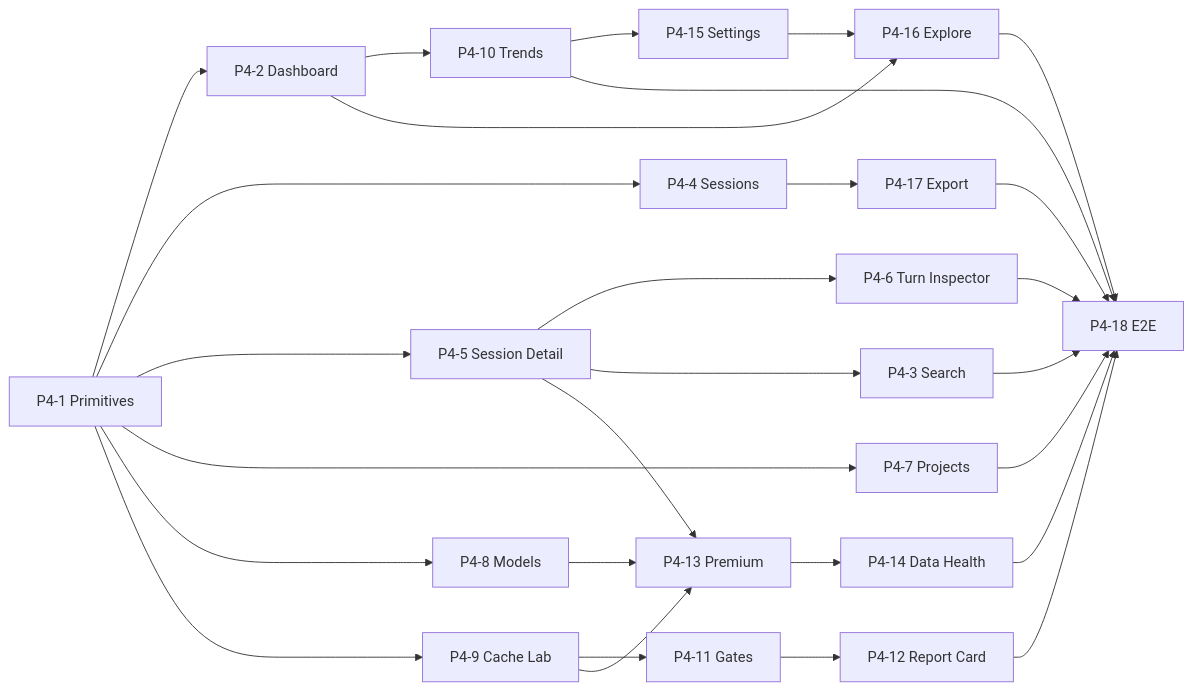
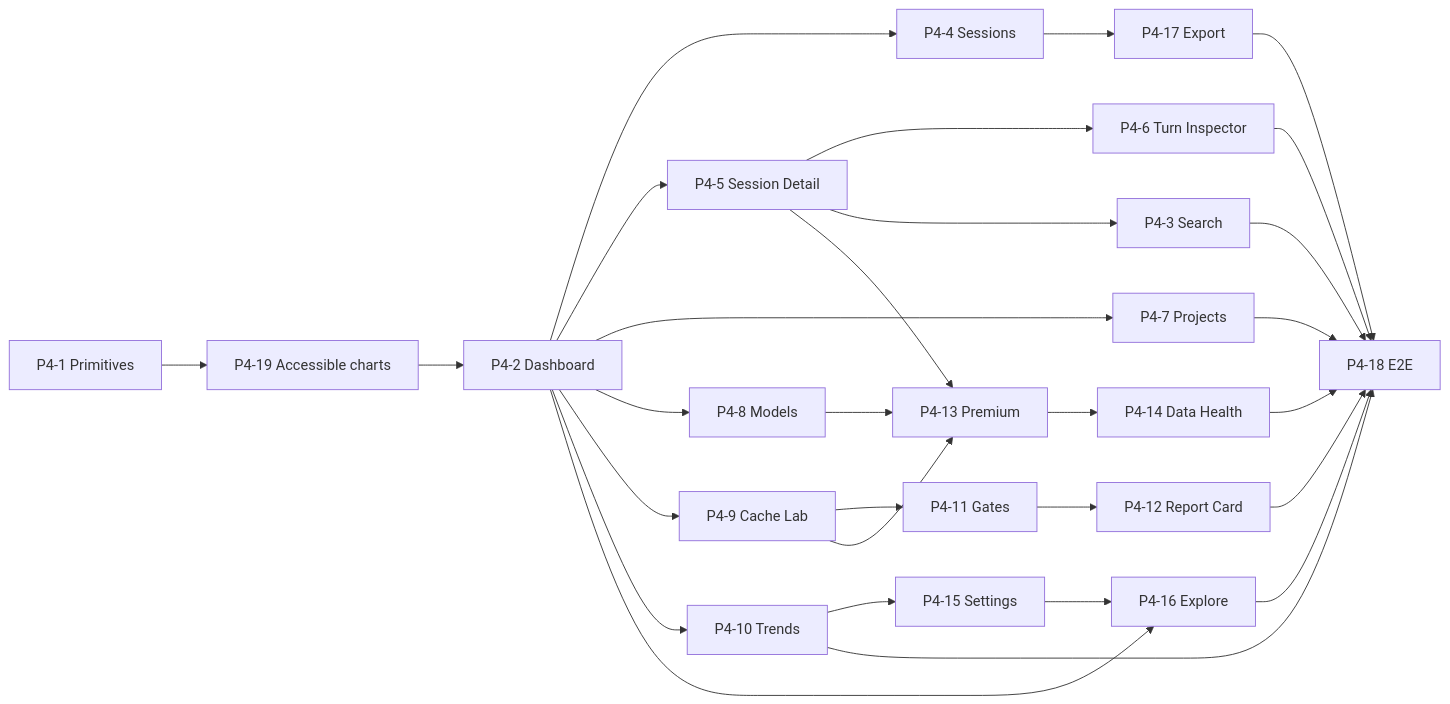
Before and after one commit to foyzulkarim/claude-lens: the diagram in specs/claude-lens-phase4-parallelization.md, drawn with Mermaid. The commit also changed other lines of this file and 37 other files, not shown here.

````diff
--- a/specs/claude-lens-phase4-parallelization.md
+++ b/specs/claude-lens-phase4-parallelization.md
@@ -99,31 +101,32 @@
 ```mermaid
 graph LR
   P41[P4-1 Primitives]
-  P41 --> P42[P4-2 Dashboard]
-  P41 --> P44[P4-4 Sessions]
-  P41 --> P45[P4-5 Session Detail]
-  P41 --> P47[P4-7 Projects]
-  P41 --> P48[P4-8 Models]
-  P41 --> P49[P4-9 Cache Lab]
+  P41 --> P419[P4-19 Accessible charts]
+  P419 --> P42[P4-2 Dashboard]
+  P42 --> P44[P4-4 Sessions]
+  P42 --> P45[P4-5 Session Detail]
+  P42 --> P47[P4-7 Projects]
+  P42 --> P48[P4-8 Models]
+  P42 --> P49[P4-9 Cache Lab]
   P45 --> P46[P4-6 Turn Inspector]
   P45 --> P43[P4-3 Search]
   P42 --> P410[P4-10 Trends]
   P49 --> P411[P4-11 Gates]
   P411 --> P412[P4-12 Report Card]
   P45 --> P413[P4-13 Premium]
   P48 --> P413
   P49 --> P413
   P413 --> P414[P4-14 Data Health]
   P410 --> P415[P4-15 Settings]
   P42 --> P416[P4-16 Explore]
   P415 --> P416
   P44 --> P417[P4-17 Export]
   P43 --> P418[P4-18 E2E]
   P46 --> P418
   P47 --> P418
   P410 --> P418
   P412 --> P418
   P414 --> P418
   P416 --> P418
   P417 --> P418
 ```
````
